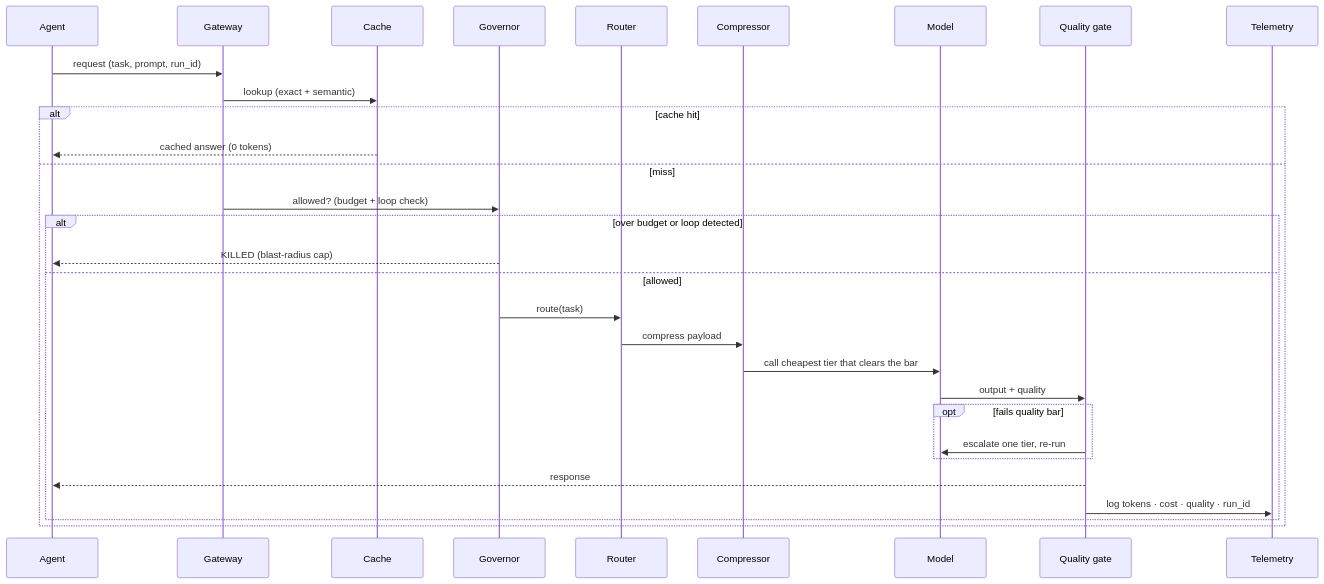
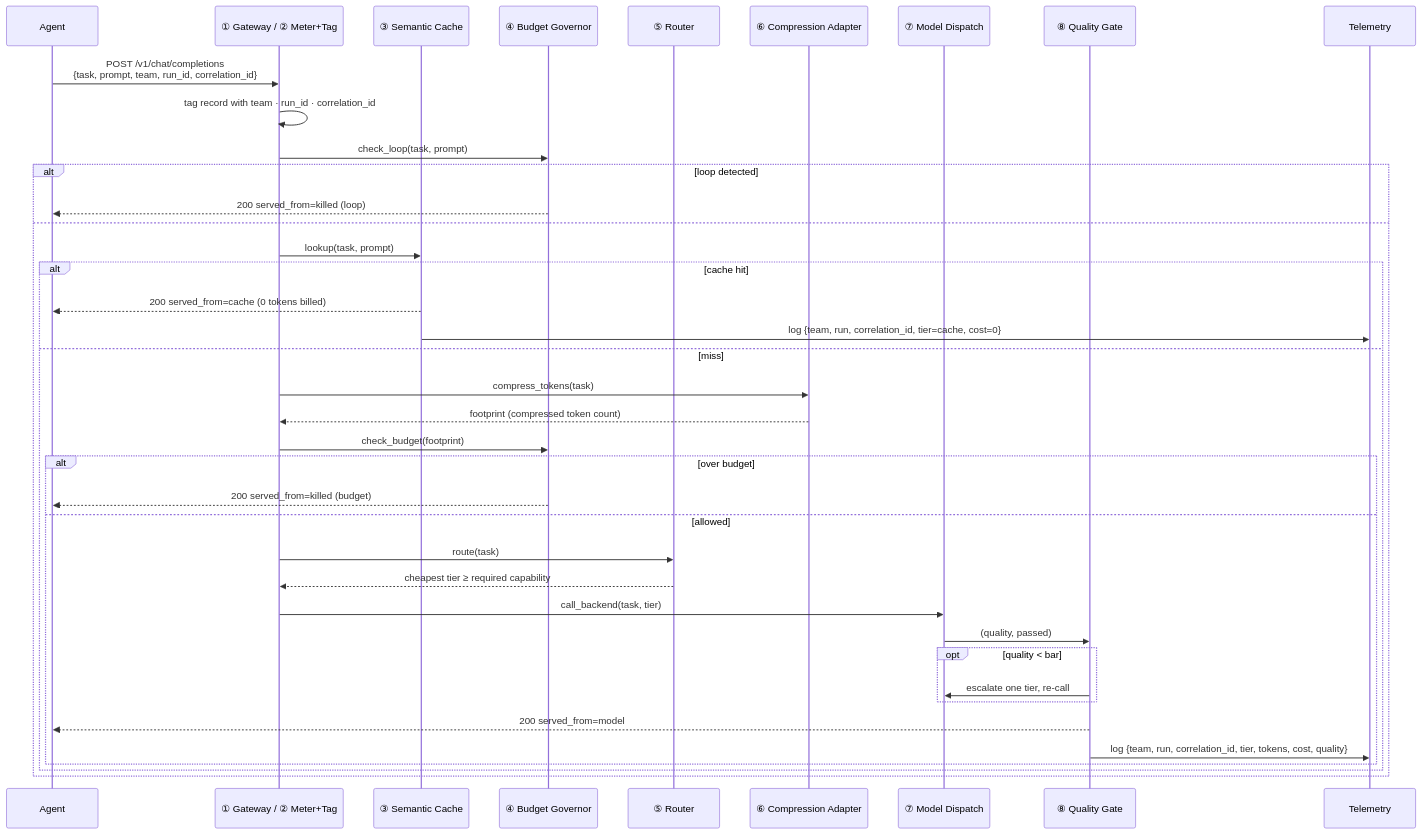
Before and after one commit to jlanado/tokeniq: the second of 2 diagrams in ARCHITECTURE.md, drawn with Mermaid. The commit also changed other lines of this file and 1 other file, not shown here.

First line of the commit message:
meter+tag: emit correlation_id; align ARCHITECTURE.md to 8-stage diagram

````diff
--- a/ARCHITECTURE.md
+++ b/ARCHITECTURE.md
@@ -70,32 +79,42 @@
 ```mermaid
 sequenceDiagram
-  participant A as Agent
-  participant G as Gateway
-  participant C as Cache
-  participant GV as Governor
-  participant R as Router
-  participant CO as Compressor
-  participant M as Model
-  participant QG as Quality gate
-  participant T as Telemetry
-  A->>G: request (task, prompt, run_id)
-  G->>C: lookup (exact + semantic)
-  alt cache hit
-    C-->>A: cached answer (0 tokens)
-  else miss
-    G->>GV: allowed? (budget + loop check)
-    alt over budget or loop detected
-      GV-->>A: KILLED (blast-radius cap)
-    else allowed
-      GV->>R: route(task)
-      R->>CO: compress payload
-      CO->>M: call cheapest tier that clears the bar
-      M->>QG: output + quality
-      opt fails quality bar
-        QG->>M: escalate one tier, re-run
+  participant A  as Agent
+  participant G  as ① Gateway / ② Meter+Tag
+  participant C  as ③ Semantic Cache
+  participant GV as ④ Budget Governor
+  participant R  as ⑤ Router
+  participant CO as ⑥ Compression Adapter
+  participant M  as ⑦ Model Dispatch
+  participant QG as ⑧ Quality Gate
+  participant T  as Telemetry
+
+  A->>G: POST /v1/chat/completions<br/>{task, prompt, team, run_id, correlation_id}
+  G->>G: tag record with team · run_id · correlation_id
+  G->>GV: check_loop(task, prompt)
+  alt loop detected
+    GV-->>A: 200 served_from=killed (loop)
+  else
+    G->>C: lookup(task, prompt)
+    alt cache hit
+      C-->>A: 200 served_from=cache (0 tokens billed)
+      C->>T: log {team, run, correlation_id, tier=cache, cost=0}
+    else miss
+      G->>CO: compress_tokens(task)
+      CO-->>G: footprint (compressed token count)
+      G->>GV: check_budget(footprint)
+      alt over budget
+        GV-->>A: 200 served_from=killed (budget)
+      else allowed
+        G->>R: route(task)
+        R-->>G: cheapest tier ≥ required capability
+        G->>M: call_backend(task, tier)
+        M->>QG: (quality, passed)
+        opt quality < bar
+          QG->>M: escalate one tier, re-call
+        end
+        QG-->>A: 200 served_from=model
+        QG->>T: log {team, run, correlation_id, tier, tokens, cost, quality}
       end
-      QG-->>A: response
-      QG->>T: log tokens · cost · quality · run_id
     end
   end
 ```
````
